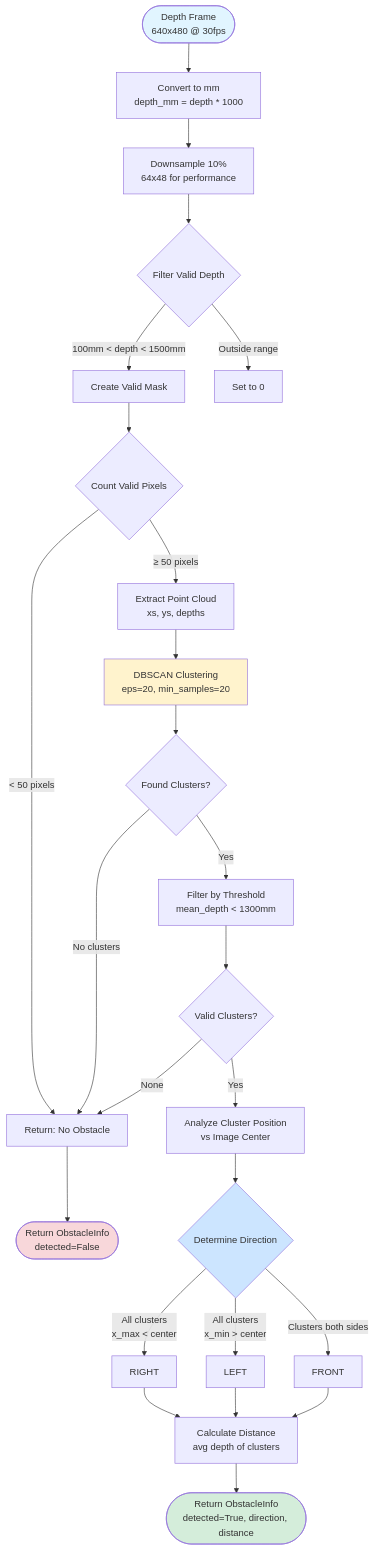
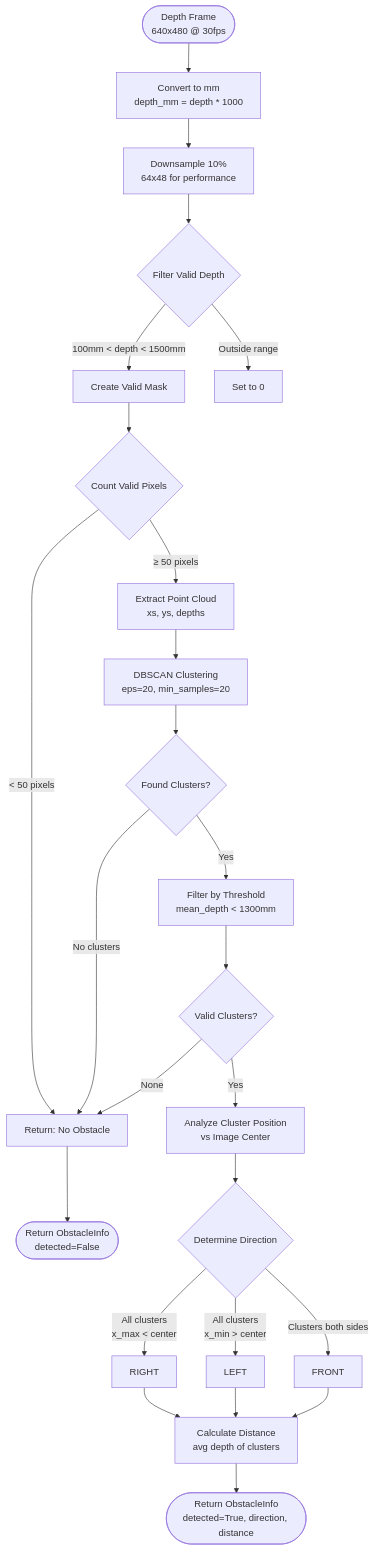
Before and after one commit to Black-Bee-Drones/nectar-sdk: the third of 4 diagrams in nectar/nectar/control/obstacles/README.md, drawn with Mermaid. The commit also changed other lines of this file and 30 other files, not shown here.

````diff
--- a/nectar/nectar/control/obstacles/README.md
+++ b/nectar/nectar/control/obstacles/README.md
@@ -293,40 +306,34 @@
 ```mermaid
 flowchart TD
     Start([Depth Frame<br/>640x480 @ 30fps]) --> Convert[Convert to mm<br/>depth_mm = depth * 1000]
     Convert --> Downsample[Downsample 10%<br/>64x48 for performance]
     Downsample --> Filter{Filter Valid Depth}
     Filter -->|100mm < depth < 1500mm| ValidMask[Create Valid Mask]
     Filter -->|Outside range| Discard[Set to 0]
 
     ValidMask --> Count{Count Valid Pixels}
     Count -->|< 50 pixels| NoObstacle[Return: No Obstacle]
     Count -->|≥ 50 pixels| ExtractPoints[Extract Point Cloud<br/>xs, ys, depths]
 
     ExtractPoints --> DBSCAN[DBSCAN Clustering<br/>eps=20, min_samples=20]
     DBSCAN --> Clusters{Found Clusters?}
     Clusters -->|No clusters| NoObstacle
     Clusters -->|Yes| FilterClusters
 
     FilterClusters[Filter by Threshold<br/>mean_depth < 1300mm] --> ValidClusters{Valid Clusters?}
     ValidClusters -->|None| NoObstacle
     ValidClusters -->|Yes| AnalyzePosition
 
     AnalyzePosition[Analyze Cluster Position<br/>vs Image Center] --> Direction{Determine Direction}
 
     Direction -->|All clusters<br/>x_max < center| DirLeft[RIGHT]
     Direction -->|All clusters<br/>x_min > center| DirRight[LEFT]
     Direction -->|Clusters both sides| DirFront[FRONT]
 
     DirLeft --> CalcDist[Calculate Distance<br/>avg depth of clusters]
     DirRight --> CalcDist
     DirFront --> CalcDist
 
     CalcDist --> Return([Return ObstacleInfo<br/>detected=True, direction, distance])
     NoObstacle --> ReturnFalse([Return ObstacleInfo<br/>detected=False])
-
-    style Start fill:#e1f5ff
-    style Return fill:#d4edda
-    style ReturnFalse fill:#f8d7da
-    style DBSCAN fill:#fff3cd
-    style Direction fill:#cce5ff
 ```
````
